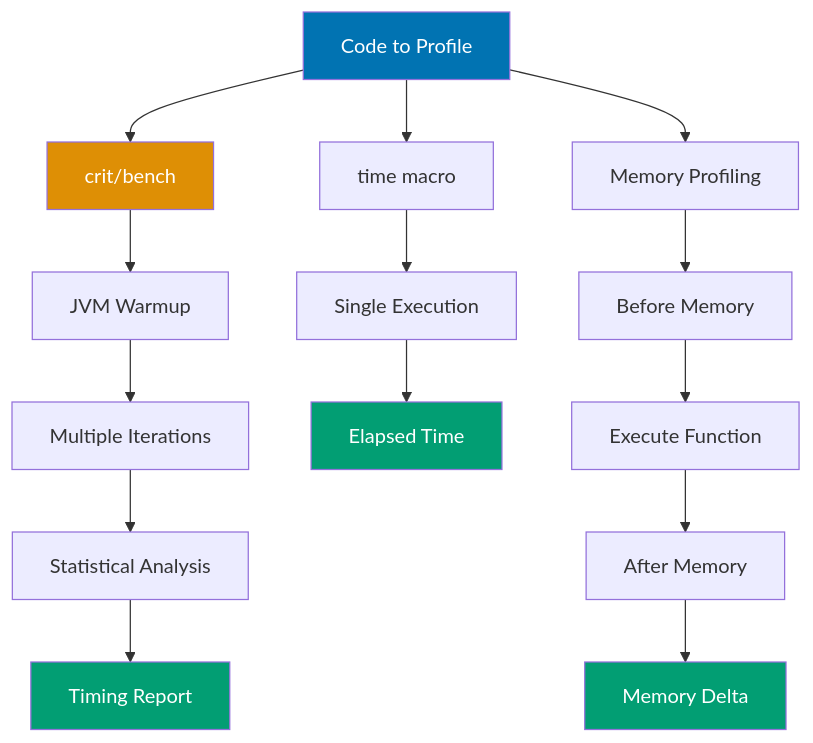
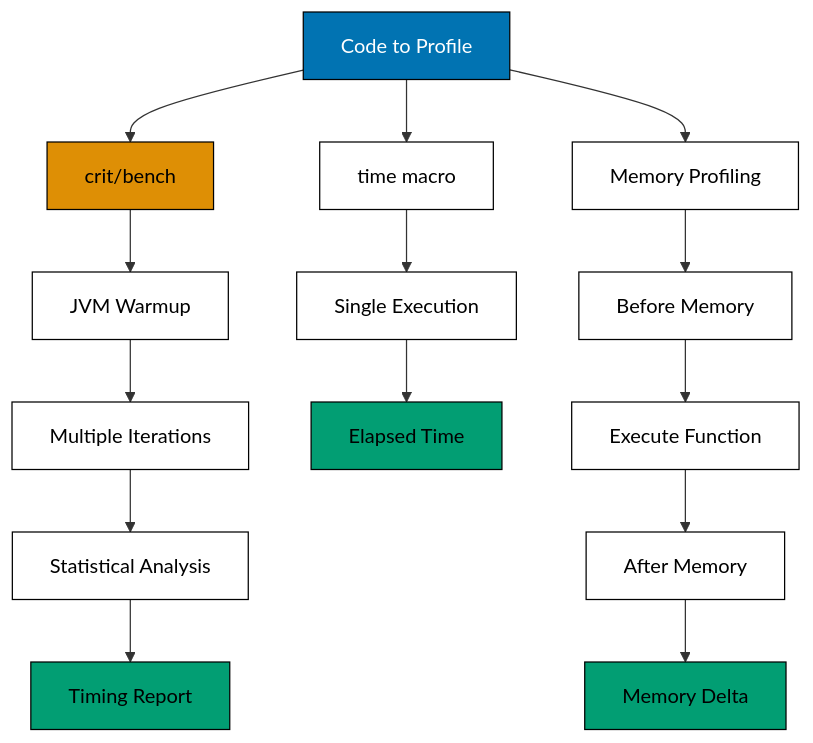
One commit to wahidyankf/ose-public changed diagram 11 of 13 in apps/ayokoding-www/content/en/learn/legacy/software-engineering/programming-languages/clojure/by-example/advanced.md. Above: the diagram before and after it, drawn with Mermaid. The commit also changed other lines of this file and 112 other files, not shown here.

First line of the commit message:
fix(mermaid): bring the legacy programming-languages diagrams onto the accessible palette

````diff
--- a/apps/ayokoding-www/content/en/learn/legacy/software-engineering/programming-languages/clojure/by-example/advanced.md
+++ b/apps/ayokoding-www/content/en/learn/legacy/software-engineering/programming-languages/clojure/by-example/advanced.md
@@ -1095,25 +1152,31 @@
 ```mermaid
 %% Performance profiling workflow
 graph TD
+    accTitle: Example 71: Performance Profiling
+    accDescr: Graph with 14 nodes and 13 connections. Nodes: Code to Profile, crit/bench, JVM Warmup, Multiple Iterations, Statistical Analysis, Timing Report, time macro, Single Execution, Elapsed Time, Memory Profiling, Before Memory, Execute Function, and 2 more. Connections: Code to Profile to crit/bench, crit/bench to JVM Warmup, JVM Warmup to Multiple Iterations, Multiple Iterations to Statistical Analysis, Statistical Analysis to Timing Report, Code to Profile to time macro, time macro to Single Execution, Single Execution to Elapsed Time, Code to Profile to Memory Profiling, Memory Profiling to Before Memory, Before Memory to Execute Function, Execute Function to After Memory, and 1 more.
     A[Code to Profile] --> B[crit/bench]
     B --> C[JVM Warmup]
     C --> D[Multiple Iterations]
     D --> E[Statistical Analysis]
     E --> F[Timing Report]
 
     A --> G[time macro]
     G --> H[Single Execution]
     H --> I[Elapsed Time]
 
     A --> J[Memory Profiling]
     J --> K[Before Memory]
     K --> L[Execute Function]
     L --> M[After Memory]
     M --> N[Memory Delta]
 
-    style A fill:#0173B2,color:#fff
-    style B fill:#DE8F05,color:#fff
-    style F fill:#029E73,color:#fff
-    style I fill:#029E73,color:#fff
-    style N fill:#029E73,color:#fff
+    classDef pal-0173B2 fill:#0173B2,stroke:#000000,color:#FFFFFF
+    class A pal-0173B2
+    classDef pal-DE8F05 fill:#DE8F05,stroke:#000000,color:#000000
+    class B pal-DE8F05
+    classDef pal-029E73 fill:#029E73,stroke:#000000,color:#000000
+    class F pal-029E73
+    class I pal-029E73
+    class N pal-029E73
+    classDef default fill:#FFFFFF,stroke:#000000,color:#000000
 ```
````
